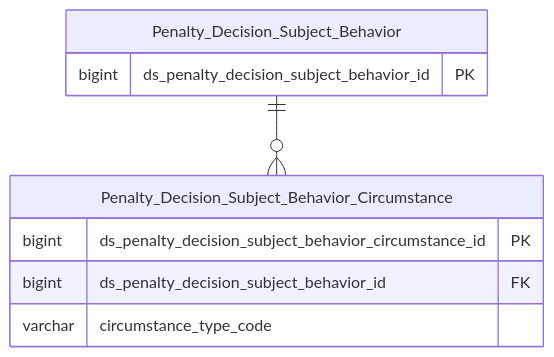
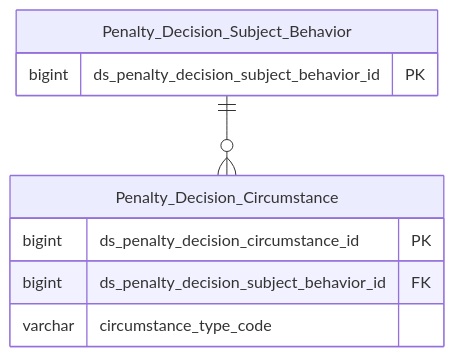
The second of 2 diagrams in DataModel/working/Atomic/hld/THANHTRA_HLD_Tier7.md (linhlvit/ubck_atomic_design), drawn with Mermaid before and after one commit. The commit also changed other lines of this file and 351 other files, not shown here.

````diff
--- a/DataModel/working/Atomic/hld/THANHTRA_HLD_Tier7.md
+++ b/DataModel/working/Atomic/hld/THANHTRA_HLD_Tier7.md
@@ -38,14 +38,14 @@
 ```mermaid
 erDiagram
     Penalty_Decision_Subject_Behavior {
         bigint ds_penalty_decision_subject_behavior_id PK
     }
 
-    Penalty_Decision_Subject_Behavior_Circumstance {
-        bigint ds_penalty_decision_subject_behavior_circumstance_id PK
+    Penalty_Decision_Circumstance {
+        bigint ds_penalty_decision_circumstance_id PK
         bigint ds_penalty_decision_subject_behavior_id FK
         varchar circumstance_type_code
     }
 
-    Penalty_Decision_Subject_Behavior ||--o{ Penalty_Decision_Subject_Behavior_Circumstance : ""
+    Penalty_Decision_Subject_Behavior ||--o{ Penalty_Decision_Circumstance : ""
 ```
````
